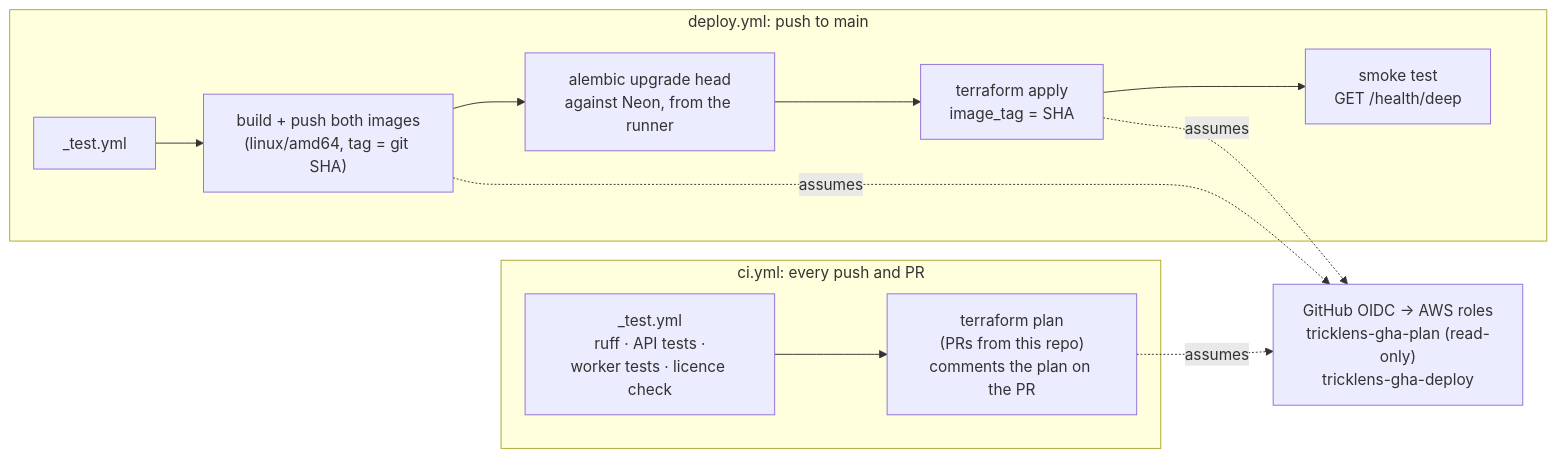
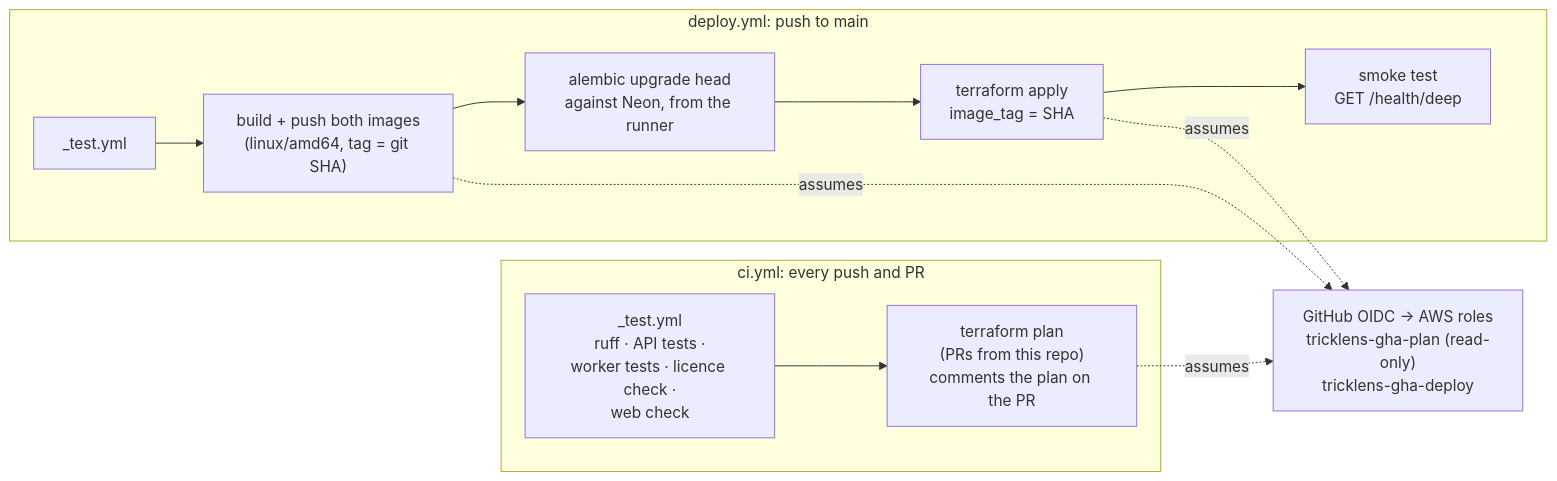
The second of 2 diagrams in docs/components/infrastructure.md (NickPalceski/TrickLens), drawn with Mermaid before and after one commit. The commit also changed other lines of this file and 71 other files, not shown here.

First line of the commit message:
Frontend F1: web app scaffold (React + Vite, mock API)

````diff
--- a/docs/components/infrastructure.md
+++ b/docs/components/infrastructure.md
@@ -101,22 +101,22 @@
 ```mermaid
 flowchart LR
     subgraph ci ["ci.yml: every push and PR"]
-        t1["_test.yml<br/>ruff · API tests ·<br/>worker tests · licence check"]
+        t1["_test.yml<br/>ruff · API tests ·<br/>worker tests · licence check ·<br/>web check"]
         plan["terraform plan<br/>(PRs from this repo)<br/>comments the plan on the PR"]
         t1 --> plan
     end
 
     subgraph deploy ["deploy.yml: push to main"]
         t2["_test.yml"]
         build["build + push both images<br/>(linux/amd64, tag = git SHA)"]
         mig["alembic upgrade head<br/>against Neon, from the runner"]
         apply["terraform apply<br/>image_tag = SHA"]
         smoke["smoke test<br/>GET /health/deep"]
         t2 --> build --> mig --> apply --> smoke
     end
 
     oidc["GitHub OIDC → AWS roles<br/>tricklens-gha-plan (read-only)<br/>tricklens-gha-deploy"]
     plan -. assumes .-> oidc
     build -. assumes .-> oidc
     apply -. assumes .-> oidc
 ```
````
